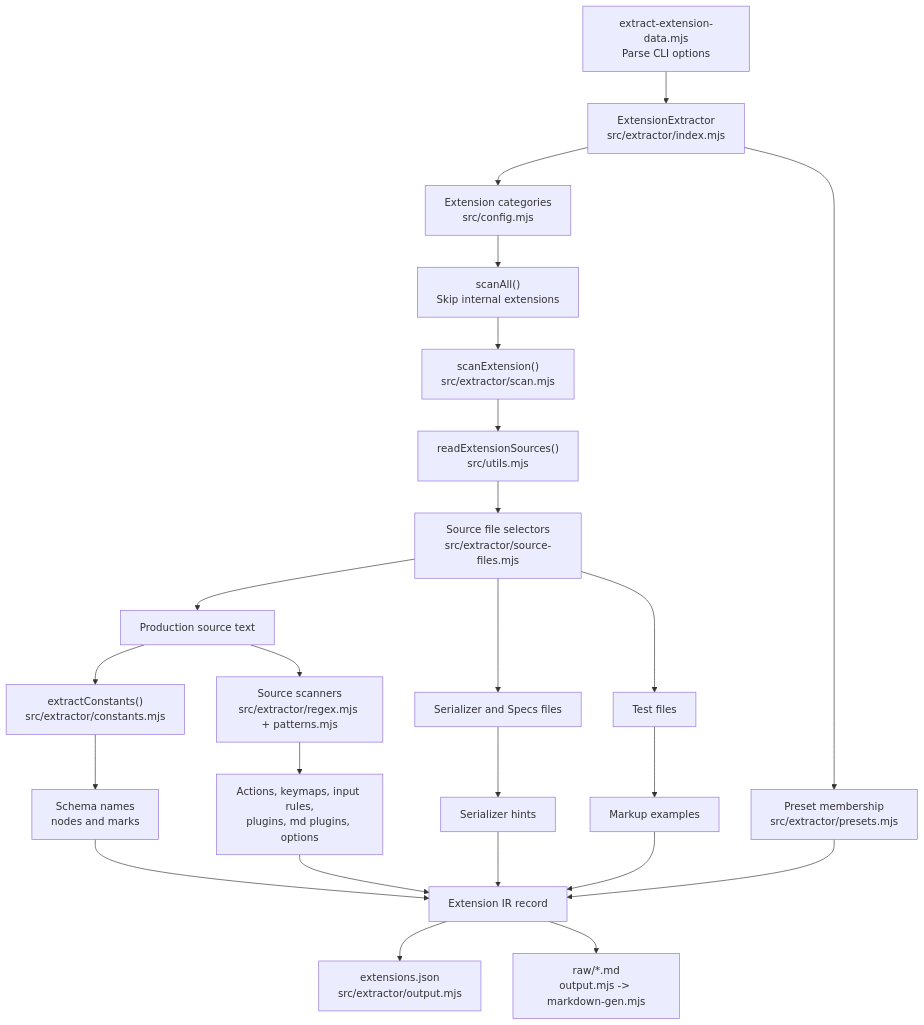
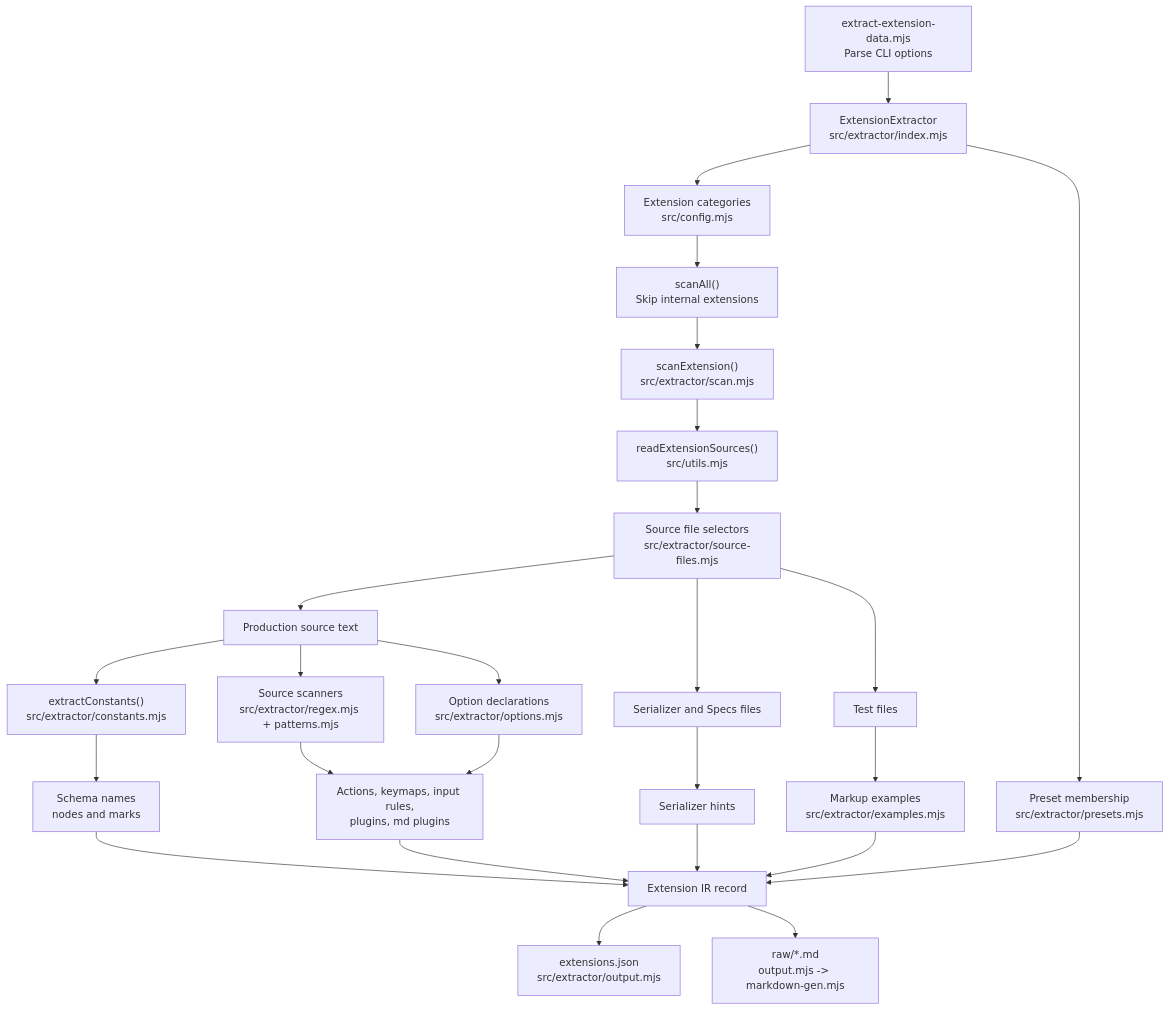
Before and after one commit to gravity-ui/markdown-editor: the diagram in infra/docs-gen/EXTRACTION_PIPELINE.md, drawn with Mermaid. The commit also changed other lines of this file and 10 other files, not shown here.

````diff
--- a/infra/docs-gen/EXTRACTION_PIPELINE.md
+++ b/infra/docs-gen/EXTRACTION_PIPELINE.md
@@ -3,30 +3,32 @@
 ```mermaid
 flowchart TD
     CLI["extract-extension-data.mjs<br/>Parse CLI options"] --> Extractor["ExtensionExtractor<br/>src/extractor/index.mjs"]
     Extractor --> Categories["Extension categories<br/>src/config.mjs"]
     Categories --> ScanAll["scanAll()<br/>Skip internal extensions"]
     ScanAll --> Scan["scanExtension()<br/>src/extractor/scan.mjs"]
 
     Scan --> Files["readExtensionSources()<br/>src/utils.mjs"]
     Files --> Selectors["Source file selectors<br/>src/extractor/source-files.mjs"]
     Selectors --> SourceText["Production source text"]
     Selectors --> TestFiles["Test files"]
     Selectors --> SerializerFiles["Serializer and Specs files"]
 
     SourceText --> Constants["extractConstants()<br/>src/extractor/constants.mjs"]
     SourceText --> RegexScanners["Source scanners<br/>src/extractor/regex.mjs + patterns.mjs"]
+    SourceText --> Options["Option declarations<br/>src/extractor/options.mjs"]
     SerializerFiles --> SerializerHints["Serializer hints"]
-    TestFiles --> MarkupExamples["Markup examples"]
+    TestFiles --> MarkupExamples["Markup examples<br/>src/extractor/examples.mjs"]
 
     Constants --> Schema["Schema names<br/>nodes and marks"]
-    RegexScanners --> ExtractedFields["Actions, keymaps, input rules,<br/>plugins, md plugins, options"]
+    RegexScanners --> ExtractedFields["Actions, keymaps, input rules,<br/>plugins, md plugins"]
+    Options --> ExtractedFields
     Schema --> IR["Extension IR record"]
     ExtractedFields --> IR
     SerializerHints --> IR
     MarkupExamples --> IR
 
     Extractor --> Presets["Preset membership<br/>src/extractor/presets.mjs"]
     Presets --> IR
     IR --> JsonOut["extensions.json<br/>src/extractor/output.mjs"]
     IR --> MarkdownOut["raw/*.md<br/>output.mjs -> markdown-gen.mjs"]
 ```
````
